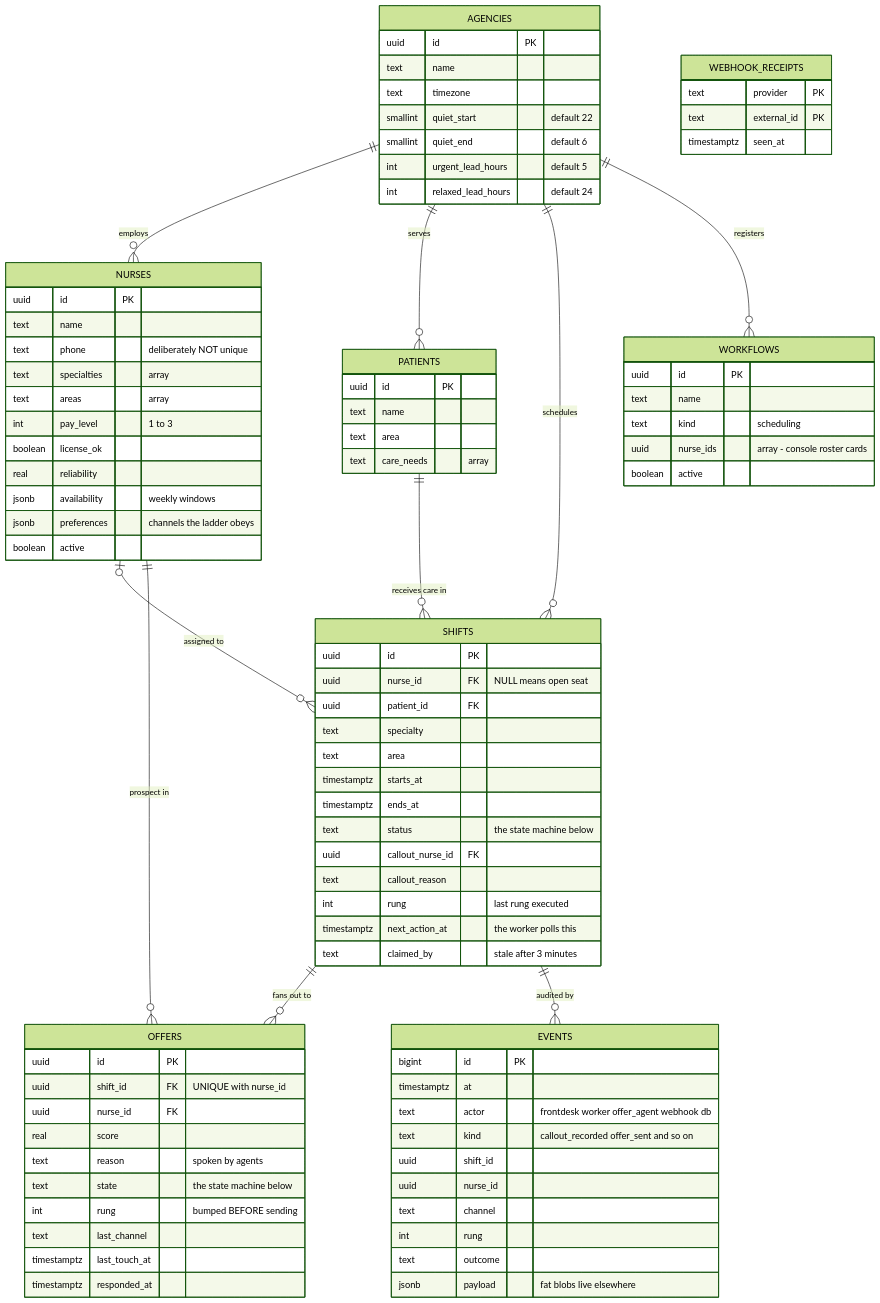
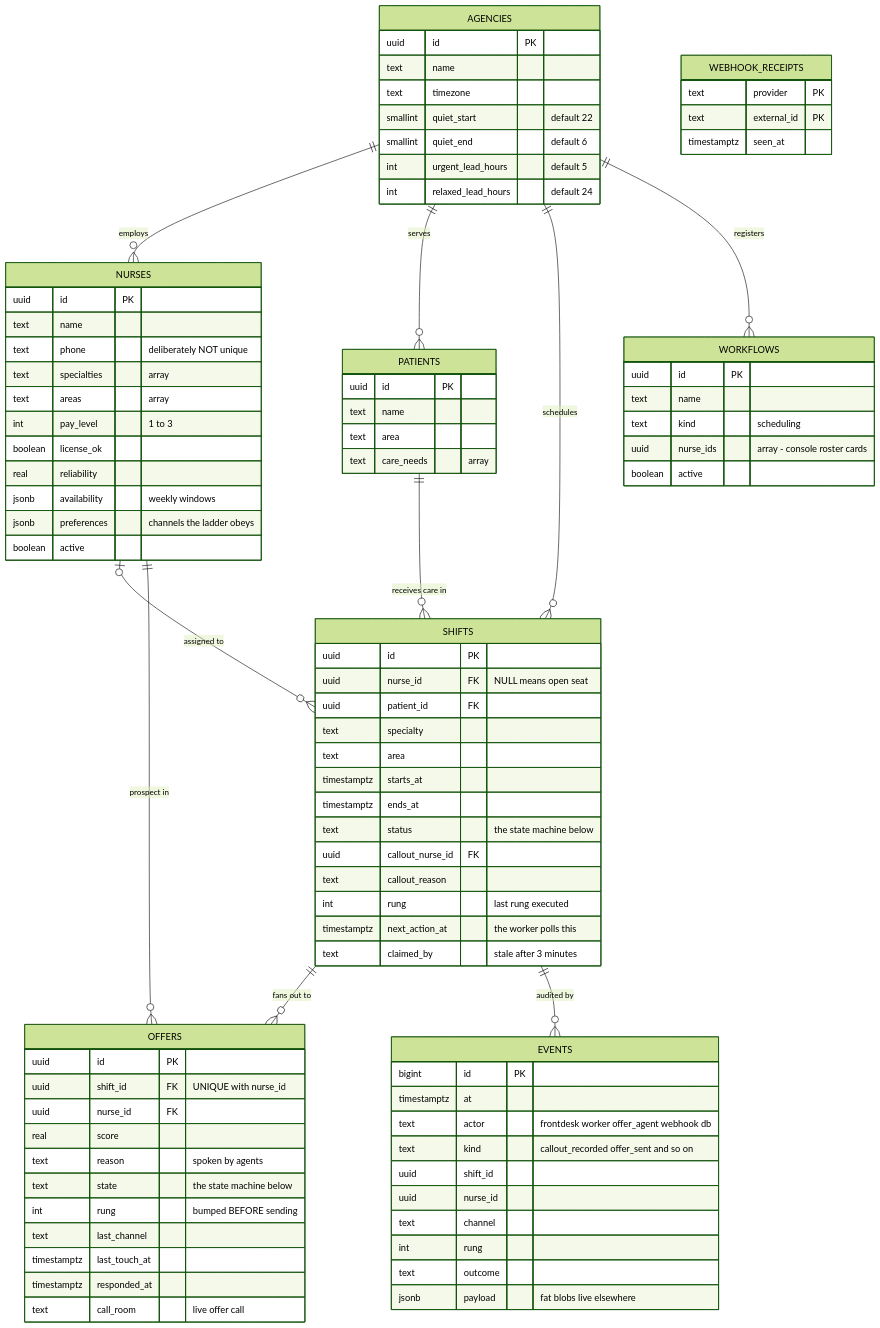
Before and after one commit to rockramsri/Rock-voice-scheduler-engine: the first of 3 diagrams in docs/architecture.md, drawn with Mermaid (forest theme). The commit also changed other lines of this file and 9 other files, not shown here.

```diff
--- a/docs/architecture.md
+++ b/docs/architecture.md
@@ -150,6 +150,7 @@
         text last_channel
         timestamptz last_touch_at
         timestamptz responded_at
+        text call_room "live offer call"
     }
     EVENTS {
         bigint id PK
```
